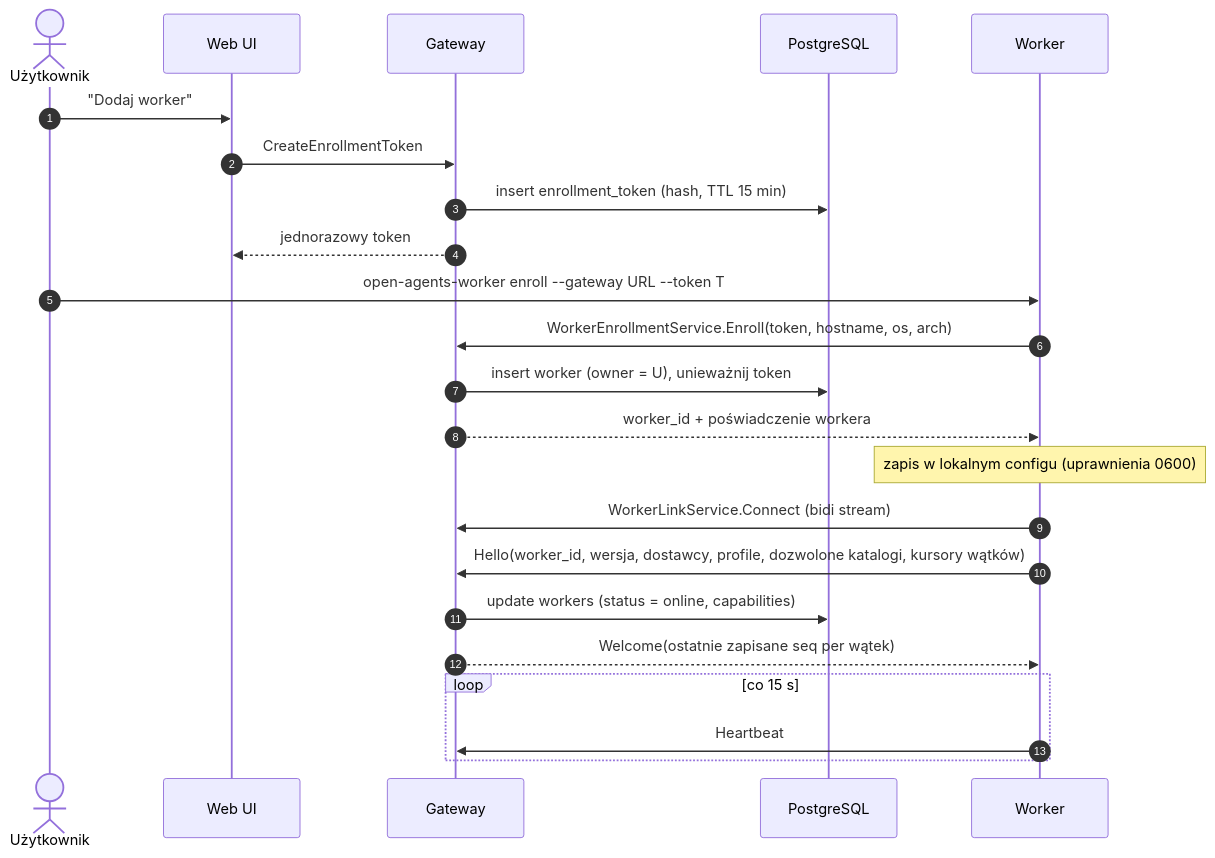
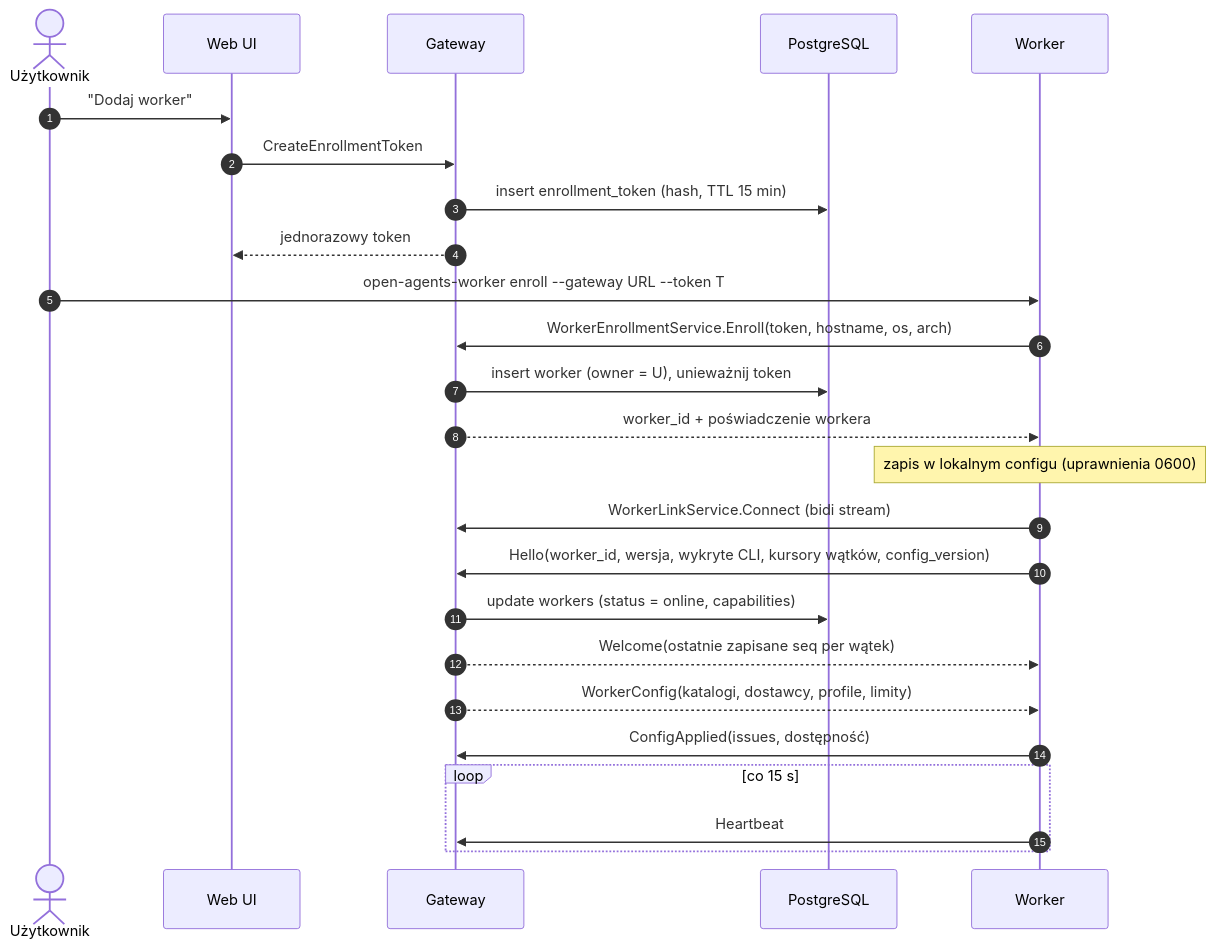
The second of 5 diagrams in docs/architecture.md (itsoltech/canopy), drawn with Mermaid before and after one commit. The commit also changed other lines of this file and 24 other files, not shown here.

````diff
--- a/docs/architecture.md
+++ b/docs/architecture.md
@@ -123,26 +124,28 @@
 ```mermaid
 sequenceDiagram
     autonumber
     actor U as Użytkownik
     participant UI as Web UI
     participant GW as Gateway
     participant DB as PostgreSQL
     participant W as Worker
 
     U->>UI: "Dodaj worker"
     UI->>GW: CreateEnrollmentToken
     GW->>DB: insert enrollment_token (hash, TTL 15 min)
     GW-->>UI: jednorazowy token
     U->>W: open-agents-worker enroll --gateway URL --token T
     W->>GW: WorkerEnrollmentService.Enroll(token, hostname, os, arch)
     GW->>DB: insert worker (owner = U), unieważnij token
     GW-->>W: worker_id + poświadczenie workera
     Note over W: zapis w lokalnym configu (uprawnienia 0600)
     W->>GW: WorkerLinkService.Connect (bidi stream)
-    W->>GW: Hello(worker_id, wersja, dostawcy, profile, dozwolone katalogi, kursory wątków)
+    W->>GW: Hello(worker_id, wersja, wykryte CLI, kursory wątków, config_version)
     GW->>DB: update workers (status = online, capabilities)
     GW-->>W: Welcome(ostatnie zapisane seq per wątek)
+    GW-->>W: WorkerConfig(katalogi, dostawcy, profile, limity)
+    W->>GW: ConfigApplied(issues, dostępność)
     loop co 15 s
         W->>GW: Heartbeat
     end
 ```
````
